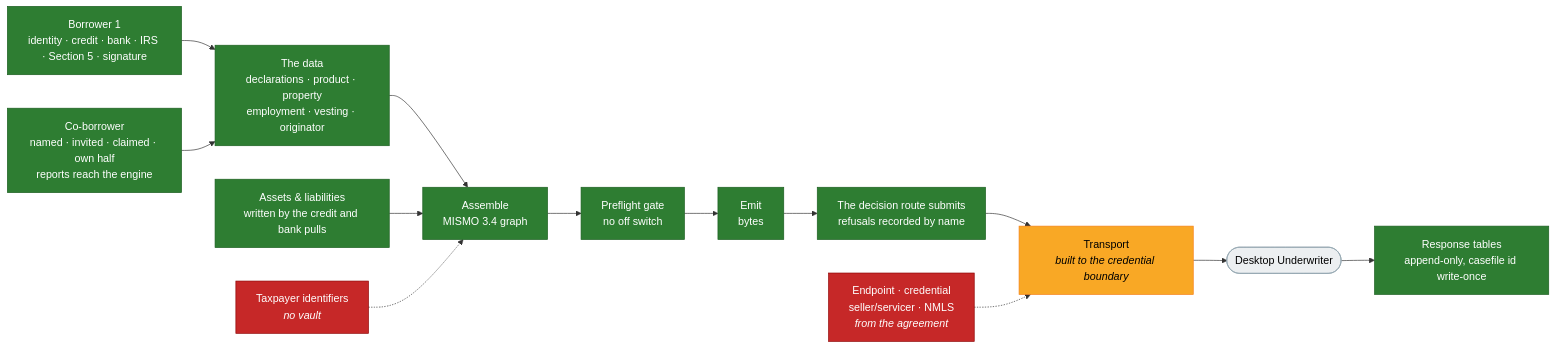
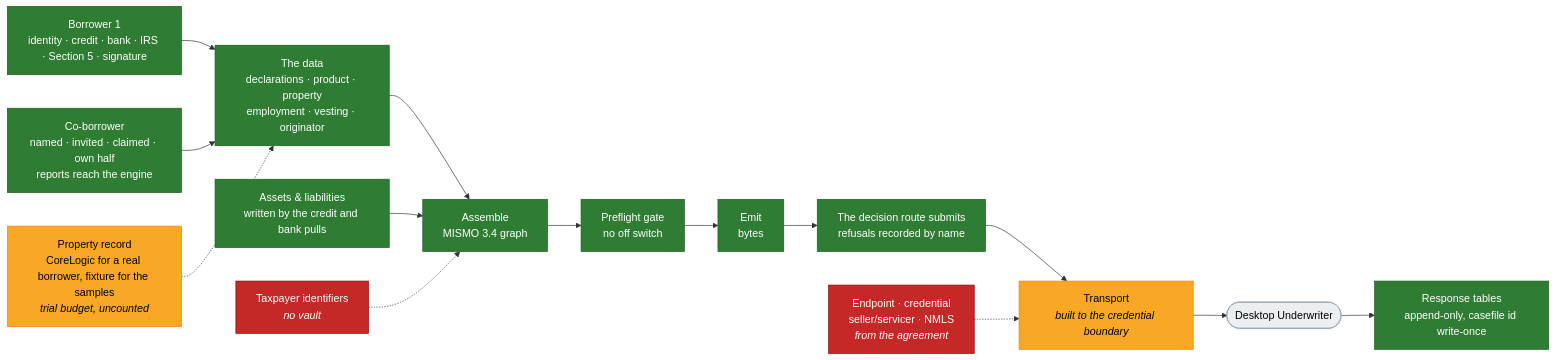
Before and after one commit to Walt-Home/Homestead-Mortgages: the diagram in docs/du-readiness.md, drawn with Mermaid. The commit also changed other lines of this file and 1 other file, not shown here.

````diff
--- a/docs/du-readiness.md
+++ b/docs/du-readiness.md
@@ -27,29 +27,31 @@
 ```mermaid
 flowchart LR
   classDef green fill:#2e7d32,stroke:#1b5e20,color:#fff
   classDef yellow fill:#f9a825,stroke:#f57f17,color:#000
   classDef red fill:#c62828,stroke:#8e0000,color:#fff
   classDef ext fill:#eceff1,stroke:#90a4ae,color:#000
 
   B1["Borrower 1<br/>identity · credit · bank · IRS · Section 5 · signature"]:::green
   CB["Co-borrower<br/>named · invited · claimed · own half<br/>reports reach the engine"]:::green
   DATA["The data<br/>declarations · product · property<br/>employment · vesting · originator"]:::green
   AST["Assets & liabilities<br/>written by the credit and bank pulls"]:::green
   ASM["Assemble<br/>MISMO 3.4 graph"]:::green
   GATE["Preflight gate<br/>no off switch"]:::green
   EMIT["Emit<br/>bytes"]:::green
   RUN["The decision route submits<br/>refusals recorded by name"]:::green
   TX["Transport<br/><i>built to the credential boundary</i>"]:::yellow
   KEYS["Endpoint · credential<br/>seller/servicer · NMLS<br/><i>from the agreement</i>"]:::red
   SSN["Taxpayer identifiers<br/><i>no vault</i>"]:::red
   DU(["Desktop Underwriter"]):::ext
   RESP["Response tables<br/>append-only, casefile id write-once"]:::green
+  VEND["Property record<br/>CoreLogic for a real borrower, fixture for the samples<br/><i>trial budget, uncounted</i>"]:::yellow
 
   B1 --> DATA
   CB --> DATA
   DATA --> ASM
   AST --> ASM
   ASM --> GATE --> EMIT --> RUN --> TX --> DU --> RESP
   KEYS -.-> TX
   SSN -.-> ASM
+  VEND -.-> DATA
 ```
````
